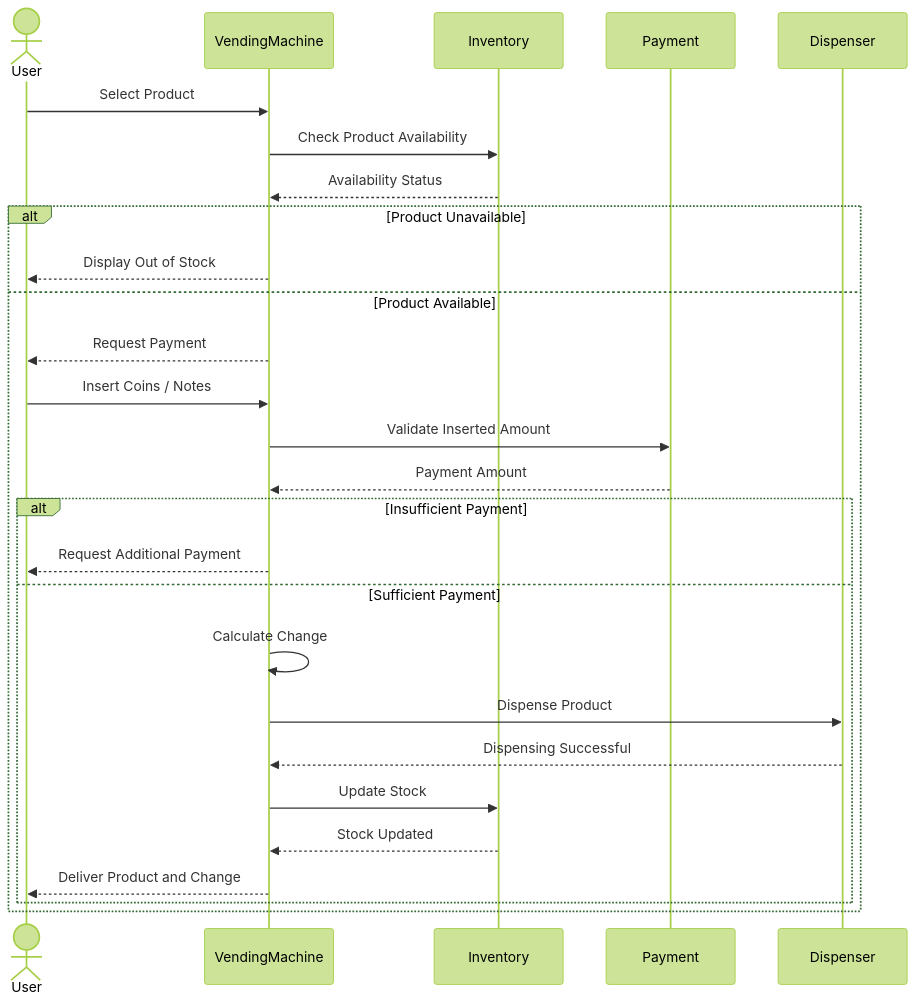
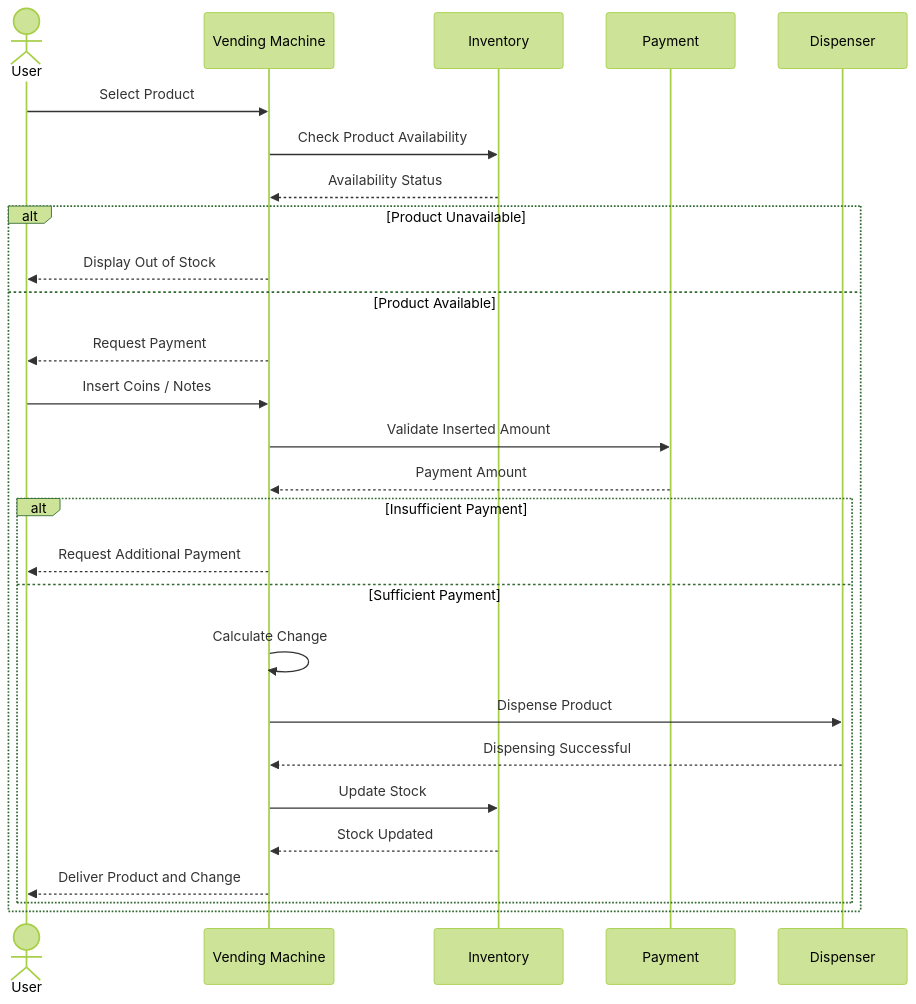
One commit to NishchayAnand/relevant-client changed the fifth of 5 diagrams in app/blog/posts/vending-machine-system.mdx. Above: the diagram before and after it, drawn with Mermaid (forest theme). The commit also changed other lines of this file, not shown here.

Commit message:
understanding the design rationale of vending machine system

````diff
--- a/app/blog/posts/vending-machine-system.mdx
+++ b/app/blog/posts/vending-machine-system.mdx
@@ -48,32 +174,32 @@
 ```mermaid
 sequenceDiagram
     actor User
-    participant VM as VendingMachine
+    participant VM as Vending Machine
     participant Inv as Inventory
     participant Pay as Payment
     participant Disp as Dispenser
 
     User->>VM: Select Product
     VM->>Inv: Check Product Availability
     Inv-->>VM: Availability Status
 
     alt Product Unavailable
         VM-->>User: Display Out of Stock
     else Product Available
         VM-->>User: Request Payment
         User->>VM: Insert Coins / Notes
         VM->>Pay: Validate Inserted Amount
         Pay-->>VM: Payment Amount
 
         alt Insufficient Payment
             VM-->>User: Request Additional Payment
         else Sufficient Payment
             VM->>VM: Calculate Change
             VM->>Disp: Dispense Product
             Disp-->>VM: Dispensing Successful
             VM->>Inv: Update Stock
             Inv-->>VM: Stock Updated
             VM-->>User: Deliver Product and Change
         end
     end
 ```
````
